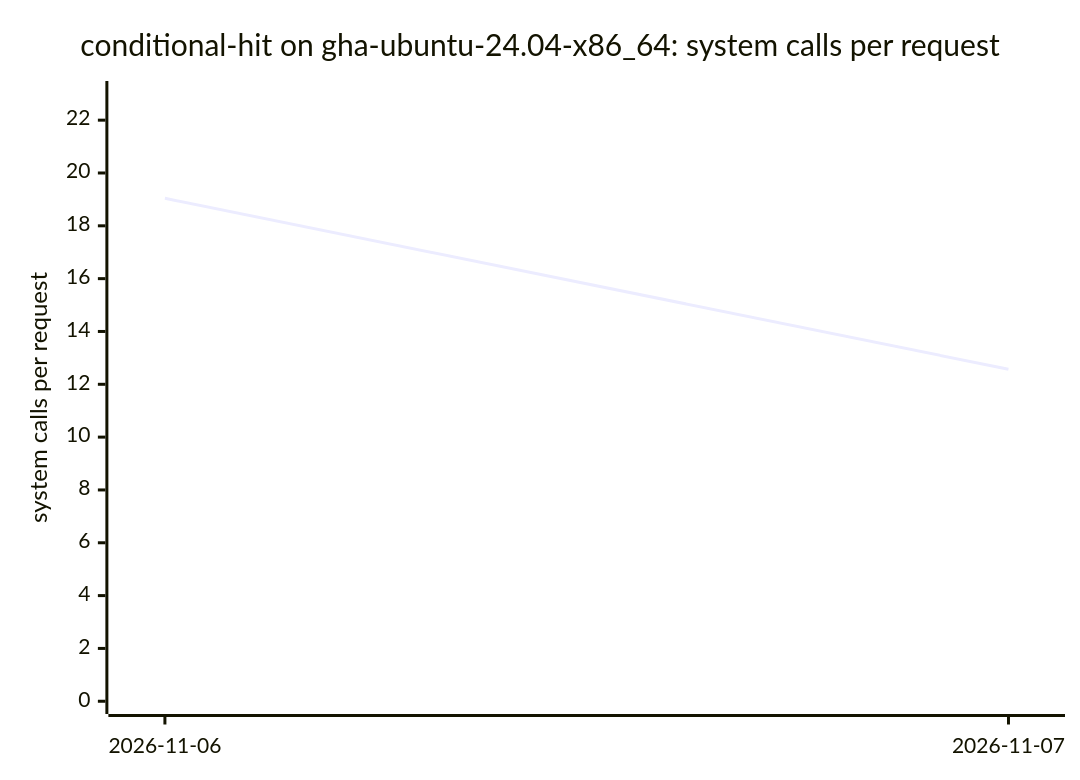
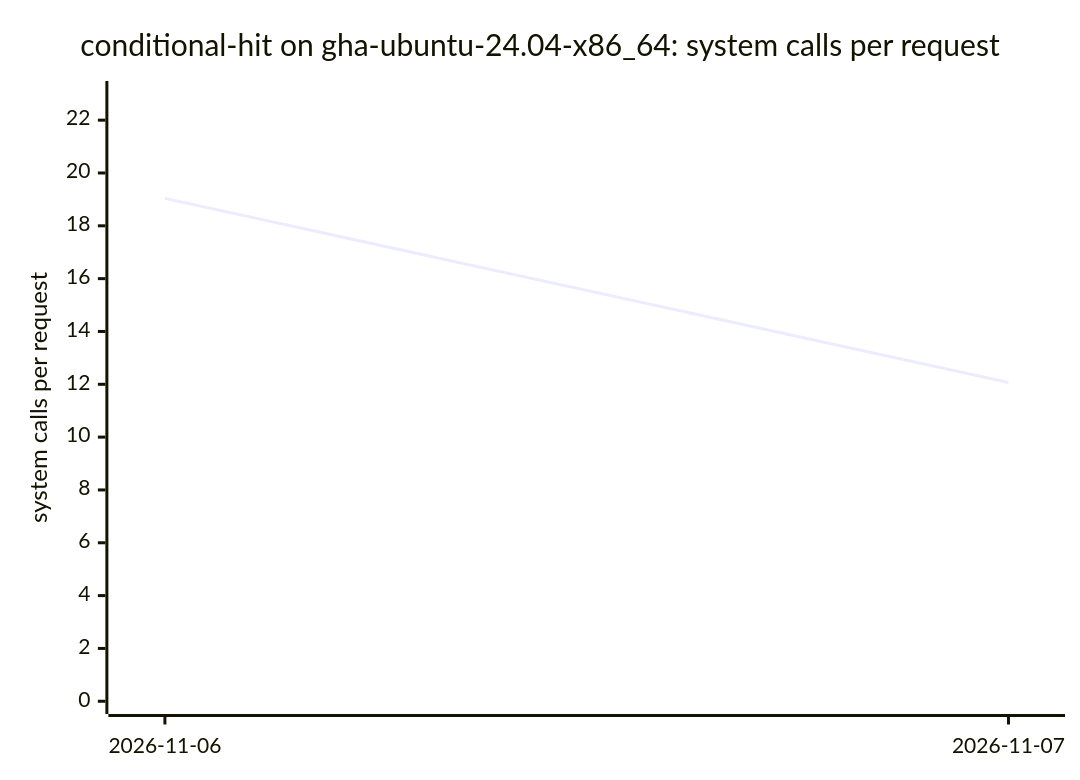
One commit to ThePixelPilgrim/durchlauferhitzer changed diagram 15 of 16 in BENCHMARKS.md. Above: the diagram before and after it, drawn with Mermaid. The commit also changed other lines of this file and 1 other file, not shown here.

````diff
--- a/BENCHMARKS.md
+++ b/BENCHMARKS.md
@@ -146,7 +167,7 @@
 ```mermaid
 xychart-beta
   title "conditional-hit on gha-ubuntu-24.04-x86_64: system calls per request"
   x-axis ["2026-11-06", "2026-11-07"]
   y-axis "system calls per request" 0 --> 23
-  line [19.04, 12.57]
+  line [19.04, 12.07]
 ```
````
